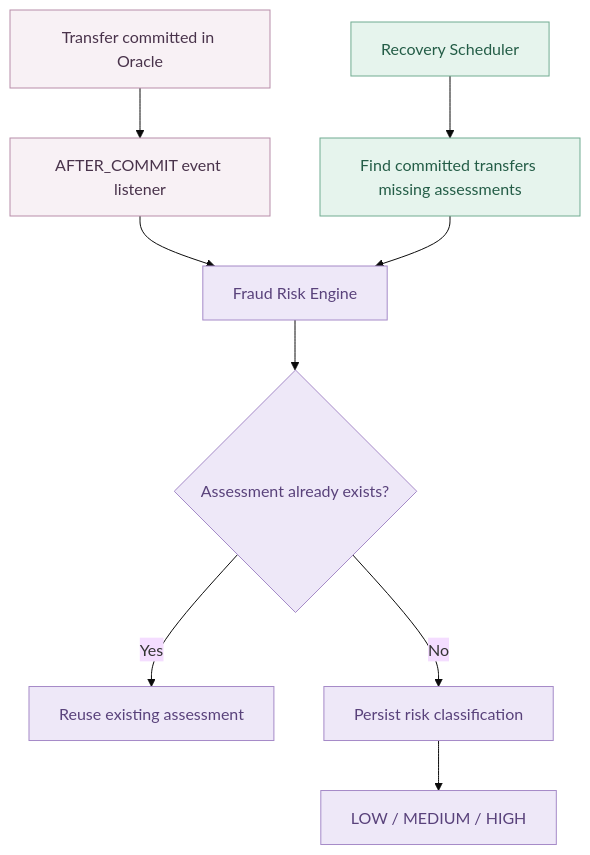
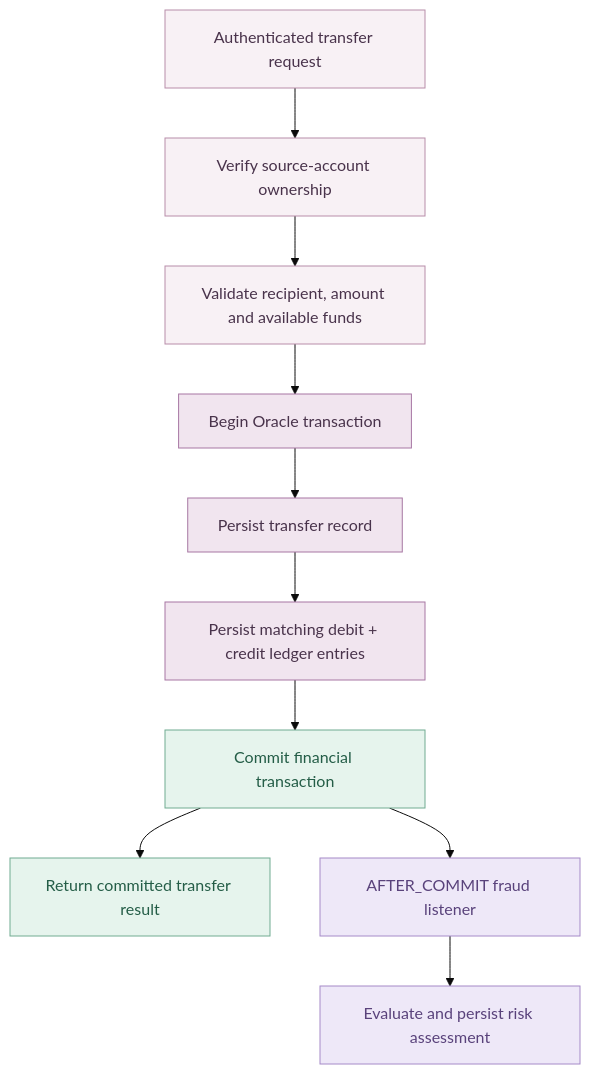
Before and after one commit to dnwardah-dev/Orvendiq: the second of 3 diagrams in README.md, drawn with Mermaid (base theme). The commit also changed other lines of this file, not shown here.

````diff
--- a/README.md
+++ b/README.md
@@ -131,31 +127,21 @@
 ```mermaid
 flowchart TD
-    A["Transfer committed in Oracle"]
-    B["AFTER_COMMIT event listener"]
-    C["Fraud Risk Engine"]
-    D{"Assessment already exists?"}
-    E["Reuse existing assessment"]
-    F["Persist risk classification"]
-    G["LOW / MEDIUM / HIGH"]
+    A["Authenticated transfer request"] --> B["Verify source-account ownership"]
+    B --> C["Validate recipient, amount and available funds"]
+    C --> D["Begin Oracle transaction"]
+    D --> E["Persist transfer record"]
+    E --> F["Persist matching debit + credit ledger entries"]
+    F --> G["Commit financial transaction"]
+    G --> H["Return committed transfer result"]
+    G --> I["AFTER_COMMIT fraud listener"]
+    I --> J["Evaluate and persist risk assessment"]
 
-    R["Recovery Scheduler"]
-    S["Find committed transfers missing assessments"]
-
-    A --> B
-    B --> C
-    C --> D
-    D -->|Yes| E
-    D -->|No| F
-    F --> G
-
-    R --> S
-    S --> C
-
-    classDef transfer fill:#F8F1F5,stroke:#B88DA9,color:#49334B
-    classDef fraud fill:#EEE8F8,stroke:#A58AC8,color:#59427B
-    classDef recovery fill:#E6F4ED,stroke:#71AB91,color:#245D47
-
-    class A,B transfer
-    class C,D,E,F,G fraud
-    class R,S recovery
+    classDef entry fill:#F8F1F5,stroke:#B88DA9,color:#49334B
+    classDef posting fill:#F1E5EF,stroke:#A777A3,color:#49334B
+    classDef done fill:#E6F4ED,stroke:#71AB91,color:#245D47
+    classDef assess fill:#EEE8F8,stroke:#A58AC8,color:#59427B
+    class A,B,C entry
+    class D,E,F posting
+    class G,H done
+    class I,J assess
 ```
````
